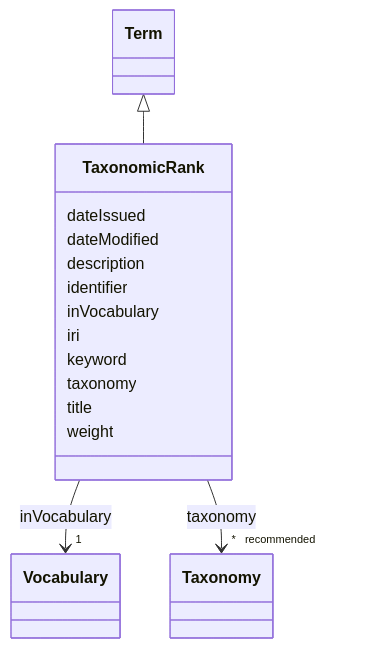
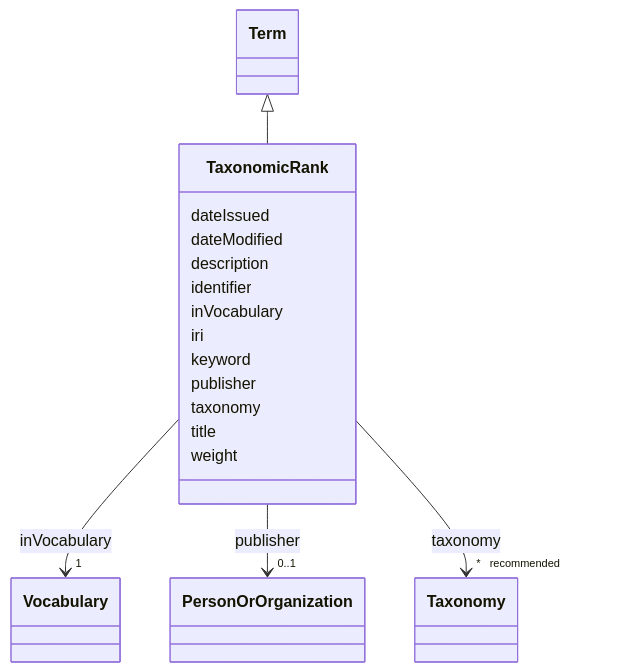
Before and after one commit to EVORA-project/evora-ontology: the diagram in models/docs/TaxonomicRank.md, drawn with Mermaid. The commit also changed other lines of this file and 468 other files, not shown here.

````diff
--- a/models/docs/TaxonomicRank.md
+++ b/models/docs/TaxonomicRank.md
@@ -19,43 +19,52 @@
 ```mermaid
  classDiagram
     class TaxonomicRank
     click TaxonomicRank href "../TaxonomicRank"
       Term <|-- TaxonomicRank
         click Term href "../Term"
       
       TaxonomicRank : dateIssued
         
       TaxonomicRank : dateModified
         
       TaxonomicRank : description
         
       TaxonomicRank : identifier
         
       TaxonomicRank : inVocabulary
         
           
     
     
     TaxonomicRank --> "1" Vocabulary : inVocabulary
     click Vocabulary href "../Vocabulary"
 
         
       TaxonomicRank : iri
         
       TaxonomicRank : keyword
         
+      TaxonomicRank : publisher
+        
+          
+    
+    
+    TaxonomicRank --> "0..1" PersonOrOrganization : publisher
+    click PersonOrOrganization href "../PersonOrOrganization"
+
+        
       TaxonomicRank : taxonomy
         
           
     
     
     TaxonomicRank --> "* _recommended_" Taxonomy : taxonomy
     click Taxonomy href "../Taxonomy"
 
         
       TaxonomicRank : title
         
       TaxonomicRank : weight
         
       
 ```
````
